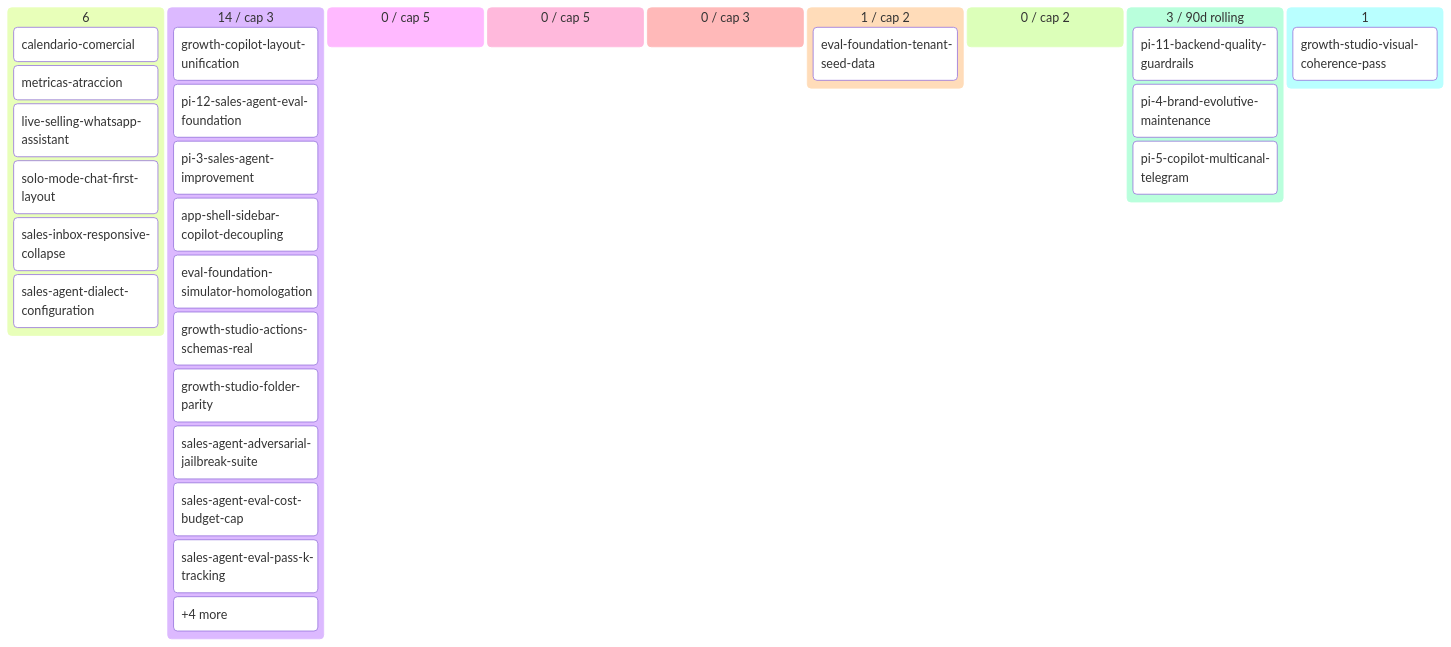
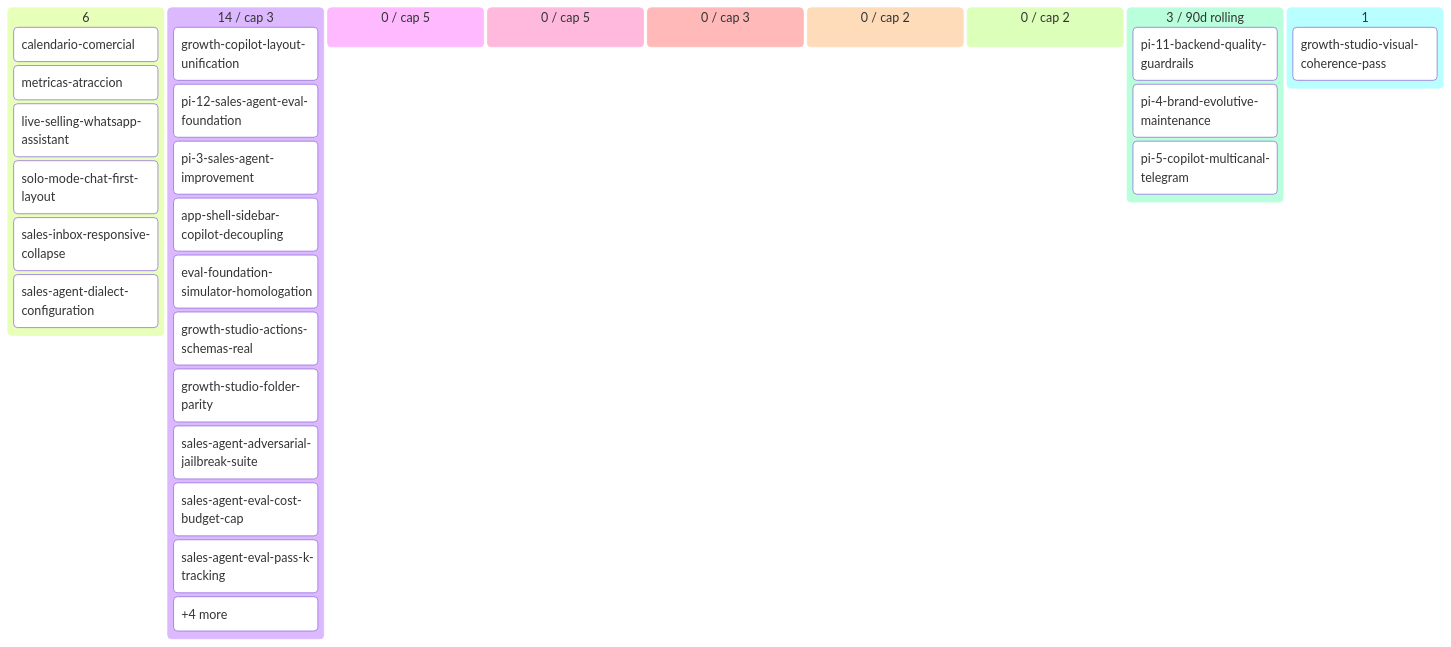
Before and after one commit to alpacapurpura/ap_sales_agent: the diagram in docs/product/BACKLOG.md, drawn with Mermaid. The commit also changed other lines of this file and 13 other files, not shown here.

First line of the commit message:
chore(pm): merge eval-foundation-tenant-seed-data (reviewing->done)

````diff
--- a/docs/product/BACKLOG.md
+++ b/docs/product/BACKLOG.md
@@ -62,34 +62,33 @@
 ```mermaid
 kanban
   💡 Ideas (6)
     calendario-comercial[calendario-comercial]
     metricas-atraccion[metricas-atraccion]
     live-selling-whatsapp-assistan[live-selling-whatsapp-assistant]
     solo-mode-chat-first-layout[solo-mode-chat-first-layout]
     sales-inbox-responsive-collaps[sales-inbox-responsive-collapse]
     sales-agent-dialect-configurat[sales-agent-dialect-configuration]
   🔬 Refining (14 / cap 3)
     growth-copilot-layout-unificat[growth-copilot-layout-unification]
     pi-12-sales-agent-eval-foundat[pi-12-sales-agent-eval-foundation]
     pi-3-sales-agent-improvement[pi-3-sales-agent-improvement]
     app-shell-sidebar-copilot-deco[app-shell-sidebar-copilot-decoupling]
     eval-foundation-simulator-homo[eval-foundation-simulator-homologation]
     growth-studio-actions-schemas-[growth-studio-actions-schemas-real]
     growth-studio-folder-parity[growth-studio-folder-parity]
     sales-agent-adversarial-jailbr[sales-agent-adversarial-jailbreak-suite]
     sales-agent-eval-cost-budget-c[sales-agent-eval-cost-budget-cap]
     sales-agent-eval-pass-k-tracki[sales-agent-eval-pass-k-tracking]
     overflow-🔬 Refining[+4 more]
   ✅ Refined (0 / cap 5)
   📦 Ready (0 / cap 5)
   🔨 Developing (0 / cap 3)
-  🧪 Developed (1 / cap 2)
-    eval-foundation-tenant-seed-da[eval-foundation-tenant-seed-data]
+  🧪 Developed (0 / cap 2)
   🔍 Reviewing (0 / cap 2)
   ✅ Done (3 / 90d rolling)
     pi-11-backend-quality-guardrai[pi-11-backend-quality-guardrails]
     pi-4-brand-evolutive-maintenan[pi-4-brand-evolutive-maintenance]
     pi-5-copilot-multicanal-telegr[pi-5-copilot-multicanal-telegram]
   🅿 Parked (1)
     growth-studio-visual-coherence[growth-studio-visual-coherence-pass]
 ```
````
